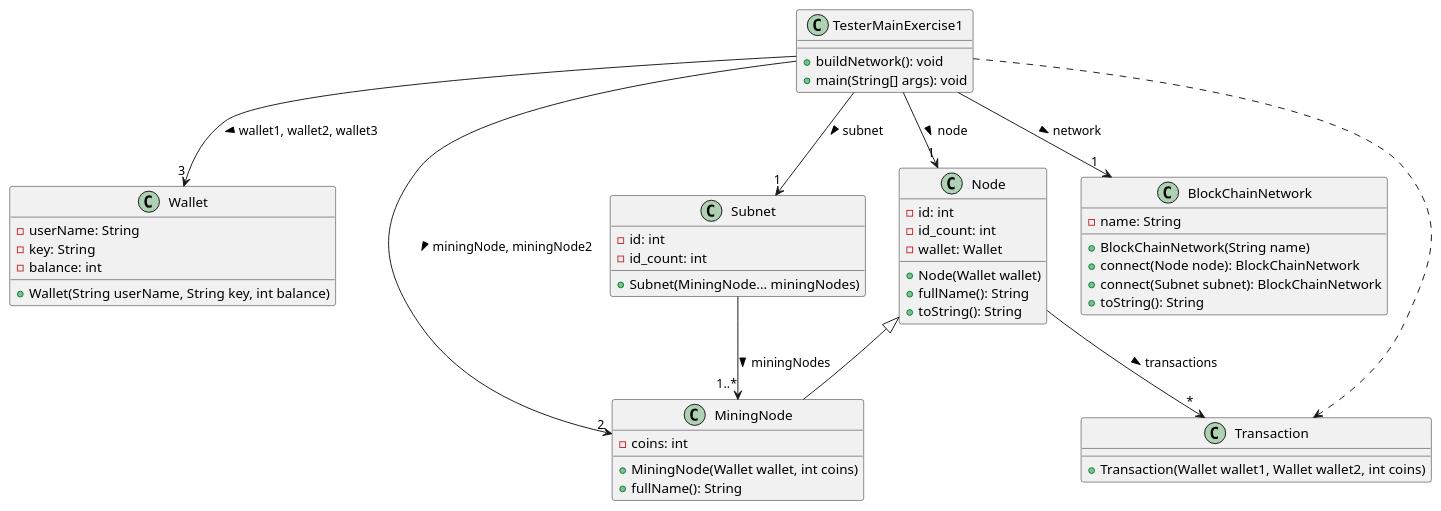
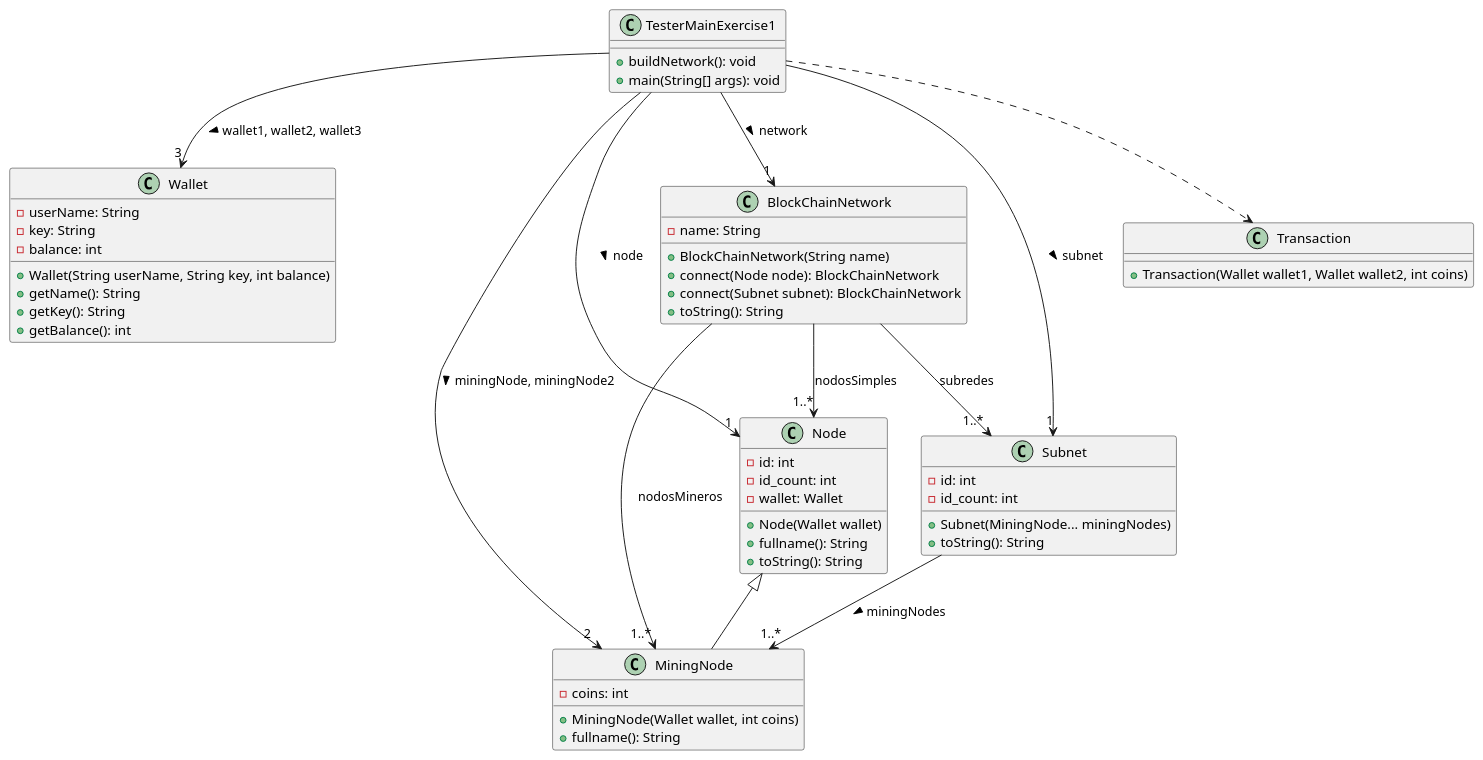
Before and after one commit to JulenSF/AyDS: the diagram in P4/A1/Diagrama_A1.plantuml, drawn with PlantUML. The commit also changed 8 other files, not shown here.

```diff
--- a/P4/A1/Diagrama_A1.plantuml
+++ b/P4/A1/Diagrama_A1.plantuml
@@ -1,66 +1,82 @@
 @startuml
 
 class TesterMainExercise1{
     + buildNetwork(): void
     + main(String[] args): void
 }
 
 TesterMainExercise1 --> "3" Wallet: wallet1, wallet2, wallet3 >
 TesterMainExercise1 --> "2" MiningNode: miningNode, miningNode2 >
 TesterMainExercise1 --> "1" Node: node >
 TesterMainExercise1 --> "1" Subnet: subnet >
 TesterMainExercise1 --> "1" BlockChainNetwork: network >
 TesterMainExercise1 ..> Transaction
 
+class Wallet{
+    - userName: String
+    - key: String
+    - balance: int
+
+    + Wallet(String userName, String key, int balance)
+    + getName(): String
+    + getKey(): String
+    + getBalance(): int 
+}
+
+'-------------------------------------------------------------'
+
+'* hay que añadirle un campo para varios objetos Transaction? '
 class Node{
     - id: int
     - id_count: int
     - wallet: Wallet
 
     + Node(Wallet wallet)
-    + fullName(): String
+    + fullname(): String
     + toString(): String
 }
 
-Node --> "*" Transaction: transactions >
 Node <|-- MiningNode
 
 class MiningNode{
     - coins: int
 
     + MiningNode(Wallet wallet, int coins)
-    + fullName(): String
+    + fullname(): String
 }
 
+'-------------------------------------------------------------'
+
+'* id_count esta en duda '
 class Subnet{
     - id: int
     - id_count: int
+
     + Subnet(MiningNode... miningNodes)
+    + toString(): String
 }
 
 Subnet --> "1..*" MiningNode: miningNodes >
-
-class Transaction{}
-
-class Wallet{
-    - userName: String
-    - key: String
-    - balance: int
-
-    + Wallet(String userName, String key, int balance)
-}
 
 class BlockChainNetwork{
     - name: String
     
     + BlockChainNetwork(String name)
     + connect(Node node): BlockChainNetwork
     + connect(Subnet subnet): BlockChainNetwork
     + toString(): String
 }
 
+BlockChainNetwork --> "1..*" Node: nodosSimples
+BlockChainNetwork --> "1..*" MiningNode: nodosMineros
+BlockChainNetwork --> "1..*" Subnet: subredes
+
+'-------------------------------------------------------------'
+
+'* hay que añadirle algo más? '
 class Transaction{
     + Transaction(Wallet wallet1, Wallet wallet2, int coins)
 }
 
+
 @enduml
```
